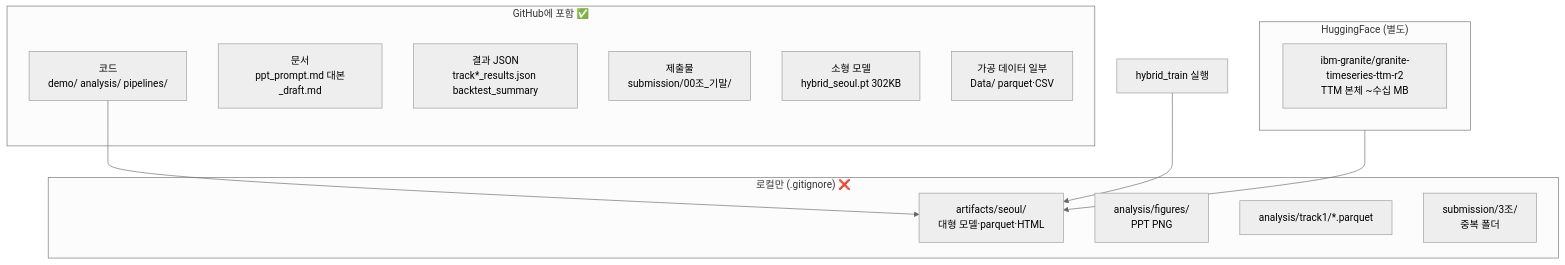
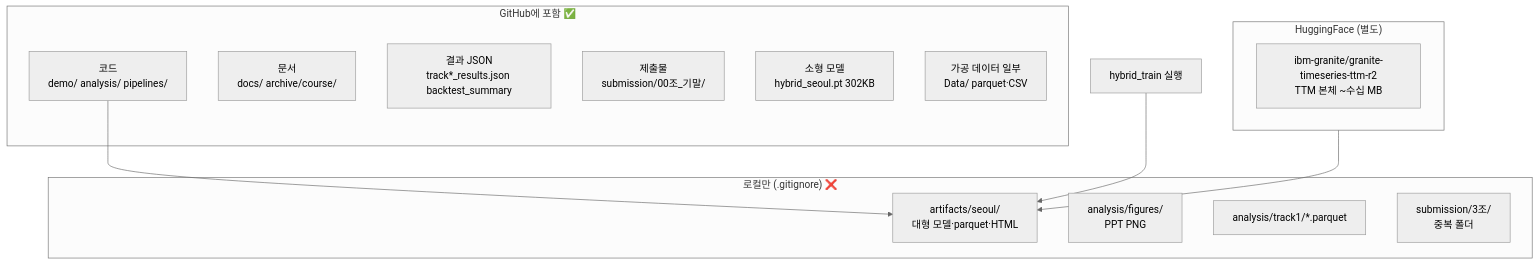
Before and after one commit to Kyle-Riss/granite-tsfm: the fourth of 4 diagrams in README.ko.md, drawn with Mermaid (neutral theme). The commit also changed other lines of this file and 30 other files, not shown here.

````diff
--- a/README.ko.md
+++ b/README.ko.md
@@ -132,26 +134,26 @@
 ```mermaid
 flowchart TB
     subgraph GIT["GitHub에 포함 ✅"]
         CODE["코드<br/>demo/ analysis/ pipelines/"]
-        DOC["문서<br/>ppt_prompt.md 대본_draft.md"]
+        DOC["문서<br/>docs/ archive/course/"]
         JSON["결과 JSON<br/>track*_results.json backtest_summary"]
         SUBM["제출물<br/>submission/00조_기말/"]
         MODEL_SMALL["소형 모델<br/>hybrid_seoul.pt 302KB"]
         DATA_PROC["가공 데이터 일부<br/>Data/ parquet·CSV"]
     end
 
     subgraph LOCAL["로컬만 (.gitignore) ❌"]
         ART["artifacts/seoul/<br/>대형 모델·parquet·HTML"]
         FIGS["analysis/figures/<br/>PPT PNG"]
         PARQ["analysis/track1/*.parquet"]
         DUP["submission/3조/<br/>중복 폴더"]
     end
 
     subgraph HF["HuggingFace (별도)"]
         TTM_BASE["ibm-granite/granite-timeseries-ttm-r2<br/>TTM 본체 ~수십 MB"]
     end
 
     CODE --> ART
     TRAIN_NOTE["hybrid_train 실행"] --> ART
     HF --> ART
 ```
````
